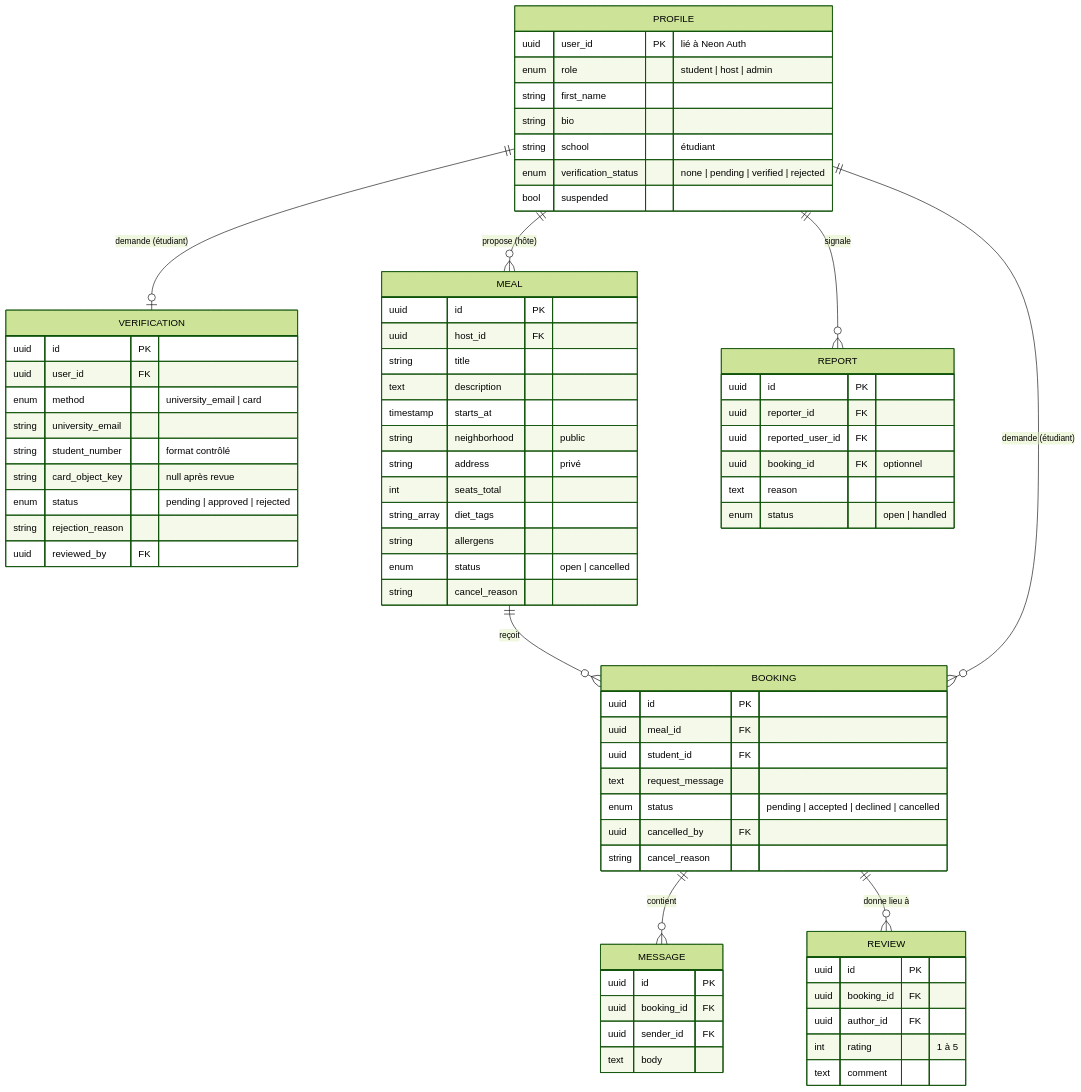
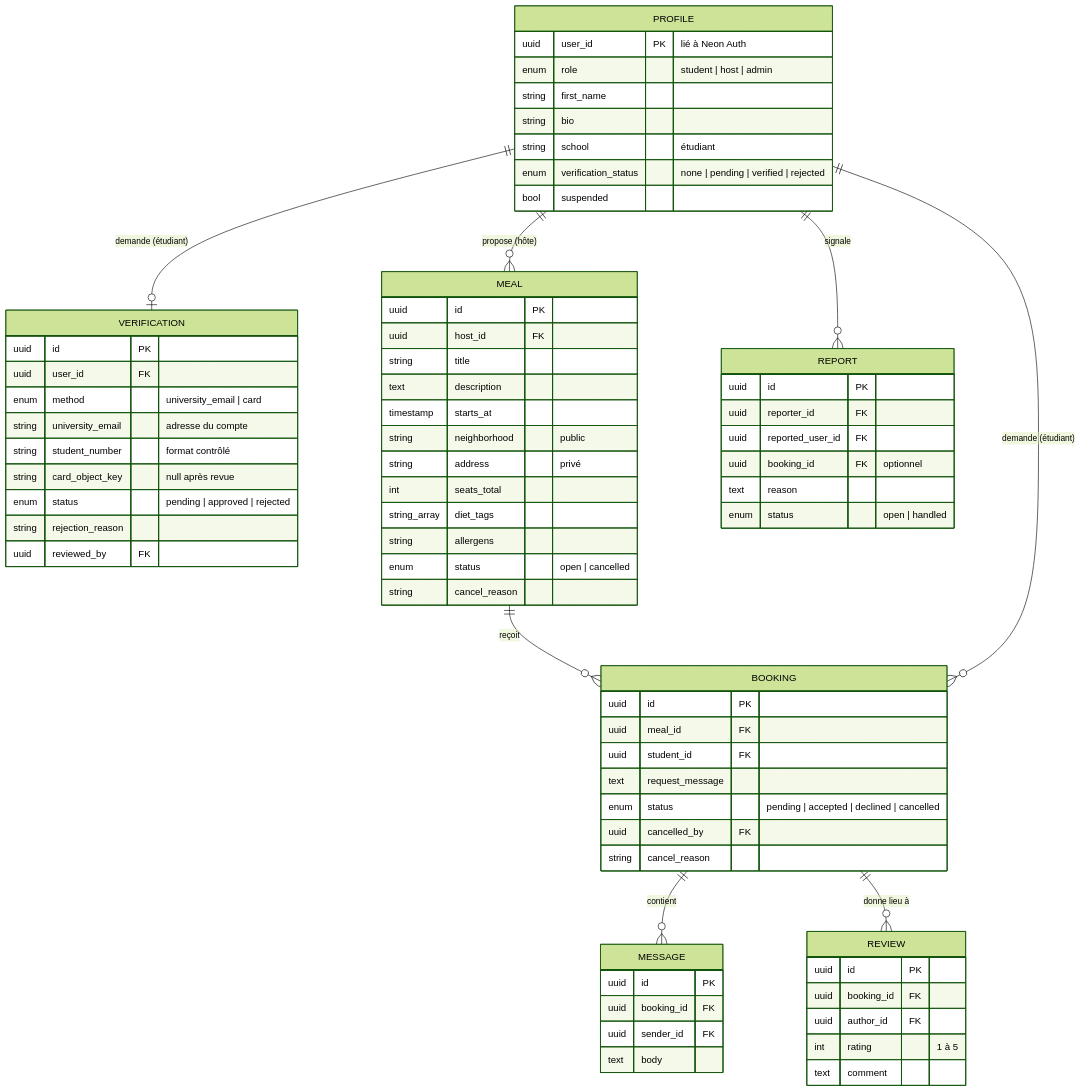
One commit to StolenVektix/Ocleans changed the third of 5 diagrams in docs/superpowers/specs/2026-10-21-ocleans-repas-solidaires-design.md. Above: the diagram before and after it, drawn with Mermaid (forest theme). The commit also changed other lines of this file, not shown here.

Commit message:
docs(spec): vérification par l'email du compte via Neon Auth, photo limitée à 4 Mo

````diff
--- a/docs/superpowers/specs/2026-10-21-ocleans-repas-solidaires-design.md
+++ b/docs/superpowers/specs/2026-10-21-ocleans-repas-solidaires-design.md
@@ -134,75 +135,75 @@
 ```mermaid
 erDiagram
     PROFILE ||--o| VERIFICATION : "demande (étudiant)"
     PROFILE ||--o{ MEAL : "propose (hôte)"
     MEAL ||--o{ BOOKING : reçoit
     PROFILE ||--o{ BOOKING : "demande (étudiant)"
     BOOKING ||--o{ MESSAGE : contient
     BOOKING ||--o{ REVIEW : "donne lieu à"
     PROFILE ||--o{ REPORT : signale
 
     PROFILE {
         uuid user_id PK "lié à Neon Auth"
         enum role "student | host | admin"
         string first_name
         string bio
         string school "étudiant"
         enum verification_status "none | pending | verified | rejected"
         bool suspended
     }
     VERIFICATION {
         uuid id PK
         uuid user_id FK
         enum method "university_email | card"
-        string university_email
+        string university_email "adresse du compte"
         string student_number "format contrôlé"
         string card_object_key "null après revue"
         enum status "pending | approved | rejected"
         string rejection_reason
         uuid reviewed_by FK
     }
     MEAL {
         uuid id PK
         uuid host_id FK
         string title
         text description
         timestamp starts_at
         string neighborhood "public"
         string address "privé"
         int seats_total
         string_array diet_tags
         string allergens
         enum status "open | cancelled"
         string cancel_reason
     }
     BOOKING {
         uuid id PK
         uuid meal_id FK
         uuid student_id FK
         text request_message
         enum status "pending | accepted | declined | cancelled"
         uuid cancelled_by FK
         string cancel_reason
     }
     MESSAGE {
         uuid id PK
         uuid booking_id FK
         uuid sender_id FK
         text body
     }
     REVIEW {
         uuid id PK
         uuid booking_id FK
         uuid author_id FK
         int rating "1 à 5"
         text comment
     }
     REPORT {
         uuid id PK
         uuid reporter_id FK
         uuid reported_user_id FK
         uuid booking_id FK "optionnel"
         text reason
         enum status "open | handled"
     }
 ```
````
